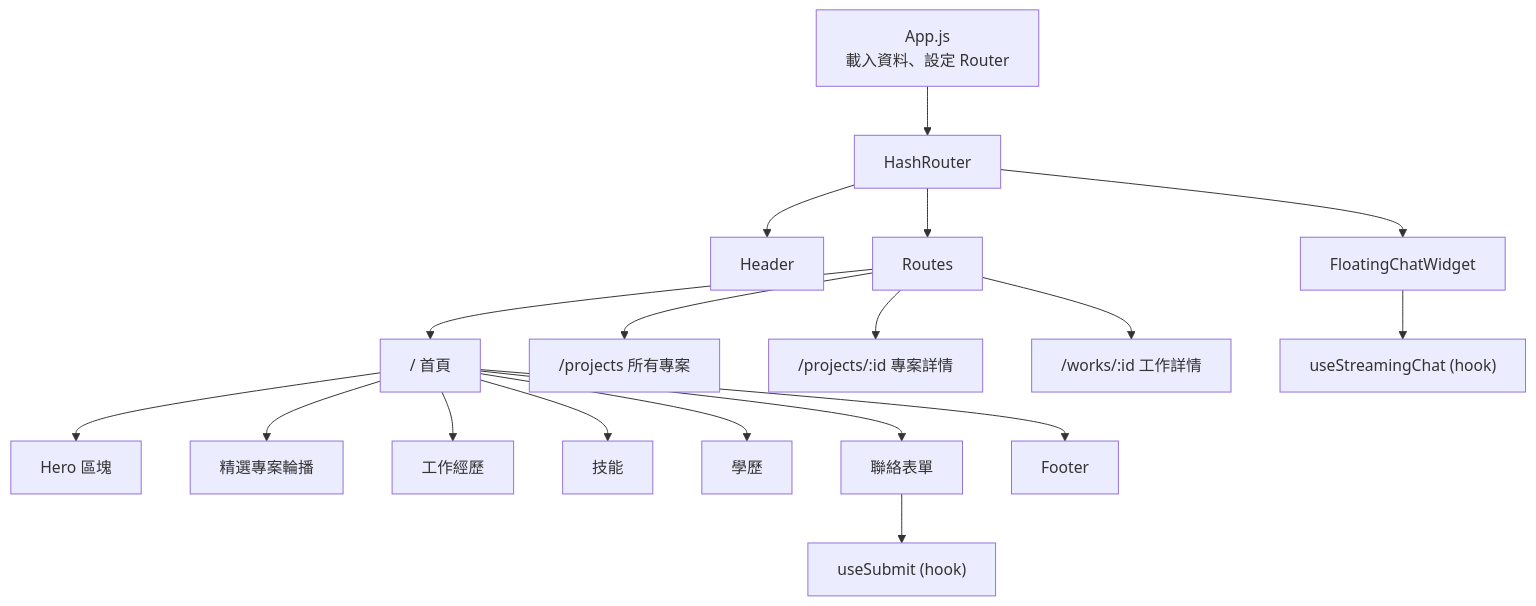
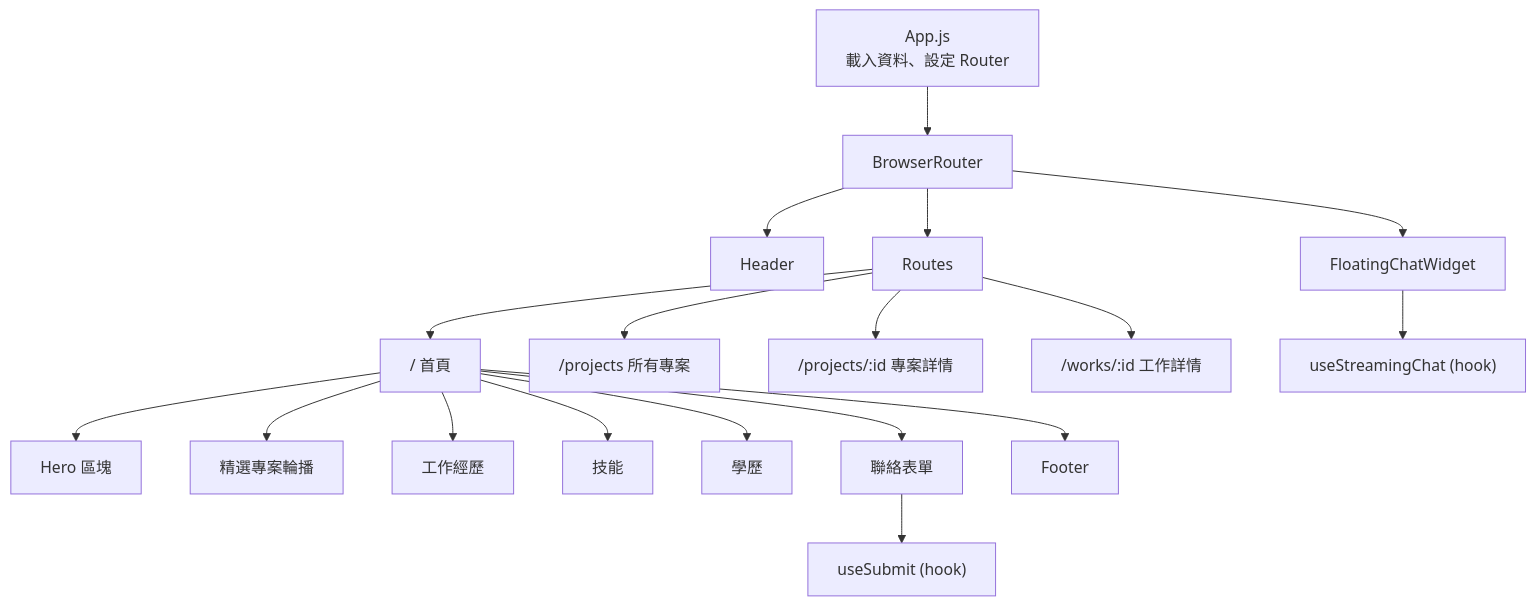
The second of 7 diagrams in docs/architecture.md (a920604a/self-reusme-website), drawn with Mermaid before and after one commit. The commit also changed other lines of this file and 94 other files, not shown here.

````diff
--- a/docs/architecture.md
+++ b/docs/architecture.md
@@ -79,25 +79,25 @@
 ```mermaid
 graph TD
     App["App.js\n載入資料、設定 Router"]
 
-    App --> Router["HashRouter"]
+    App --> Router["BrowserRouter"]
     Router --> Header
     Router --> FloatingChatWidget
     Router --> Routes
 
     Routes --> Home["/ 首頁"]
     Routes --> Projects["/projects 所有專案"]
     Routes --> ProjectDetail["/projects/:id 專案詳情"]
     Routes --> WorkDetail["/works/:id 工作詳情"]
 
     Home --> LandingSection["Hero 區塊"]
     Home --> ProjectsCarousel["精選專案輪播"]
     Home --> WorksSummary["工作經歷"]
     Home --> SkillSection["技能"]
     Home --> EducationSection["學歷"]
     Home --> ContactMeSection["聯絡表單"]
     Home --> Footer
 
     FloatingChatWidget --> useStreamingChat["useStreamingChat (hook)"]
     ContactMeSection --> useSubmit["useSubmit (hook)"]
 ```
````
